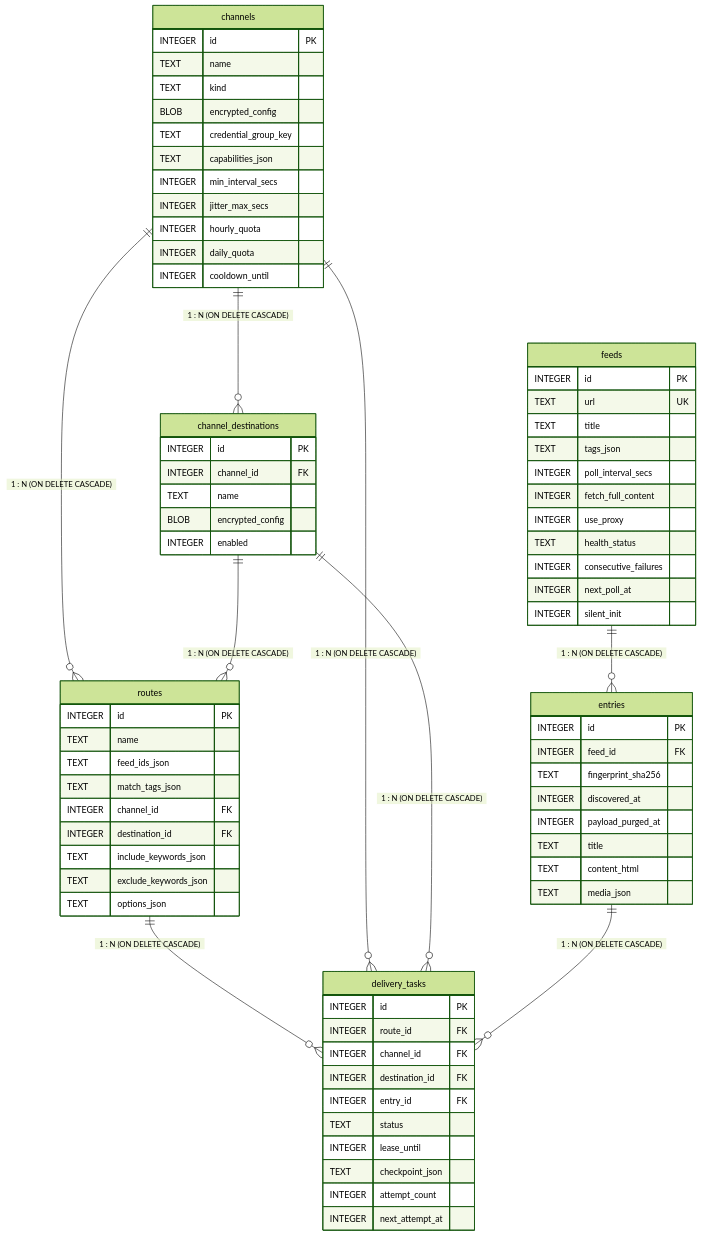
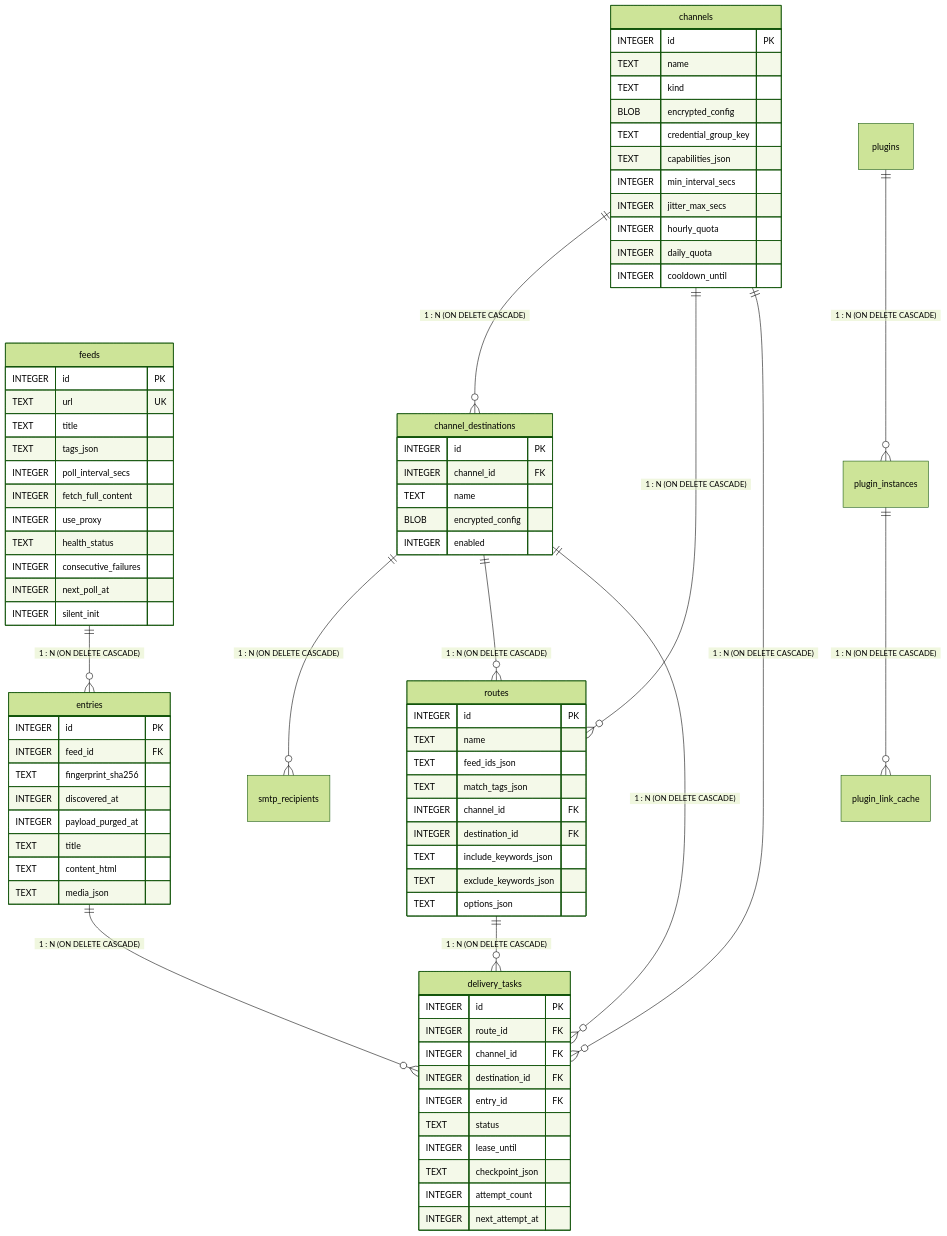
Before and after one commit to ElleryHe/FeedCourier: the diagram in docs/zh/reference/database-schema.md, drawn with Mermaid (forest theme). The commit also changed other lines of this file and 79 other files, not shown here.

```diff
--- a/docs/zh/reference/database-schema.md
+++ b/docs/zh/reference/database-schema.md
@@ -14,12 +20,15 @@
 erDiagram
     feeds ||--o{ entries : "1 : N (ON DELETE CASCADE)"
     channels ||--o{ channel_destinations : "1 : N (ON DELETE CASCADE)"
+    channel_destinations ||--o{ smtp_recipients : "1 : N (ON DELETE CASCADE)"
     channels ||--o{ routes : "1 : N (ON DELETE CASCADE)"
     channel_destinations ||--o{ routes : "1 : N (ON DELETE CASCADE)"
     routes ||--o{ delivery_tasks : "1 : N (ON DELETE CASCADE)"
     channels ||--o{ delivery_tasks : "1 : N (ON DELETE CASCADE)"
     channel_destinations ||--o{ delivery_tasks : "1 : N (ON DELETE CASCADE)"
     entries ||--o{ delivery_tasks : "1 : N (ON DELETE CASCADE)"
+    plugins ||--o{ plugin_instances : "1 : N (ON DELETE CASCADE)"
+    plugin_instances ||--o{ plugin_link_cache : "1 : N (ON DELETE CASCADE)"
 
     feeds {
         INTEGER id PK
```
